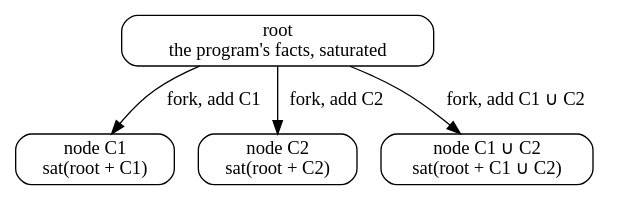
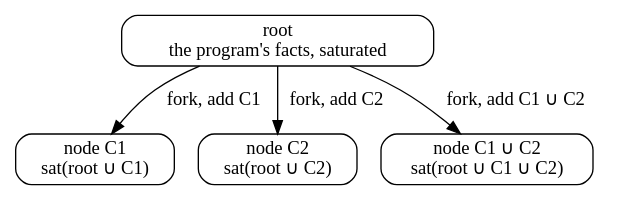
The third of 4 diagrams in docs/ein/reasoning/01-static-ir/02-relations-and-facts.md (agutikov/ein), drawn with Graphviz before and after one commit. The commit also changed other lines of this file and 17 other files, not shown here.

````diff
--- a/docs/ein/reasoning/01-static-ir/02-relations-and-facts.md
+++ b/docs/ein/reasoning/01-static-ir/02-relations-and-facts.md
@@ -192,13 +196,13 @@
 ```dot
 digraph forks {
   rankdir=TB;
   node [shape=box, style=rounded];
   root [label="root\nthe program's facts, saturated"];
-  c1   [label="node C1\nsat(root + C1)"];
-  c2   [label="node C2\nsat(root + C2)"];
-  c12  [label="node C1 ∪ C2\nsat(root + C1 ∪ C2)"];
+  c1   [label="node C1\nsat(root ∪ C1)"];
+  c2   [label="node C2\nsat(root ∪ C2)"];
+  c12  [label="node C1 ∪ C2\nsat(root ∪ C1 ∪ C2)"];
   root -> c1  [label="fork, add C1"];
   root -> c2  [label="fork, add C2"];
   root -> c12 [label="fork, add C1 ∪ C2"];
 }
 ```
````
